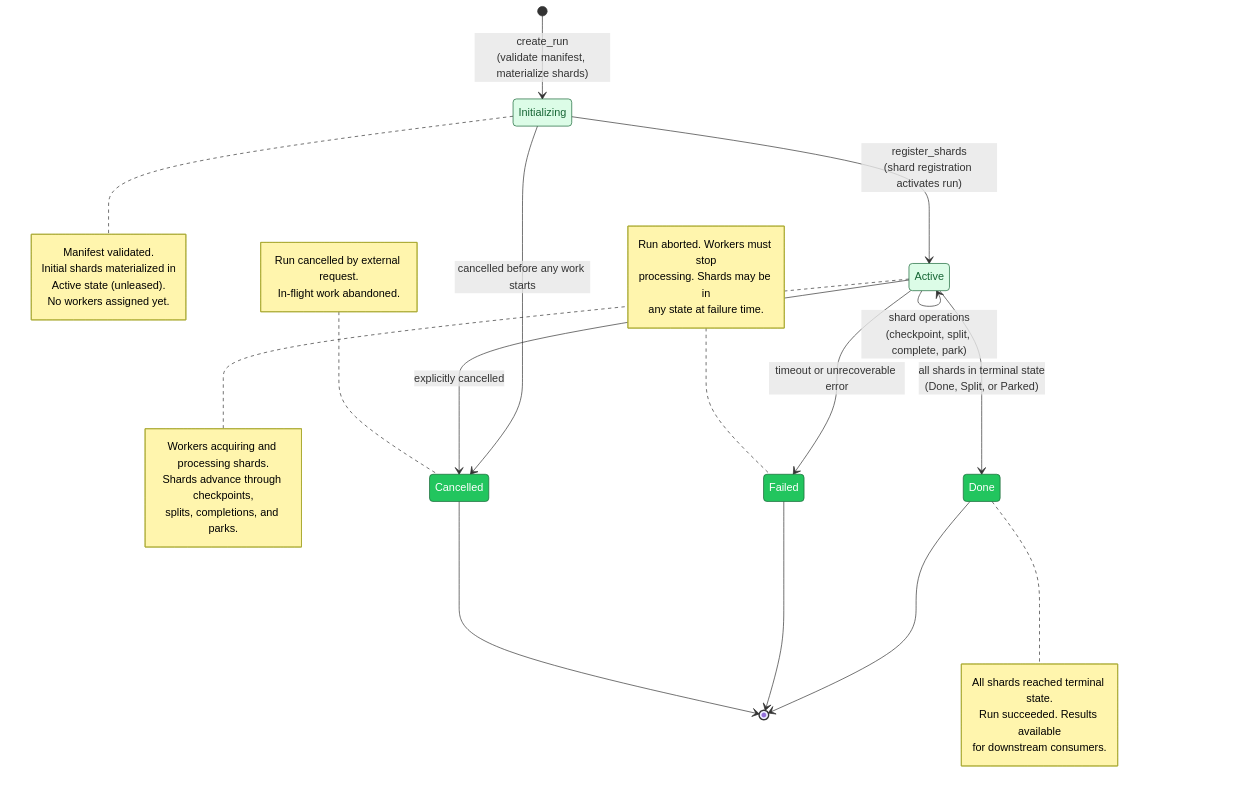
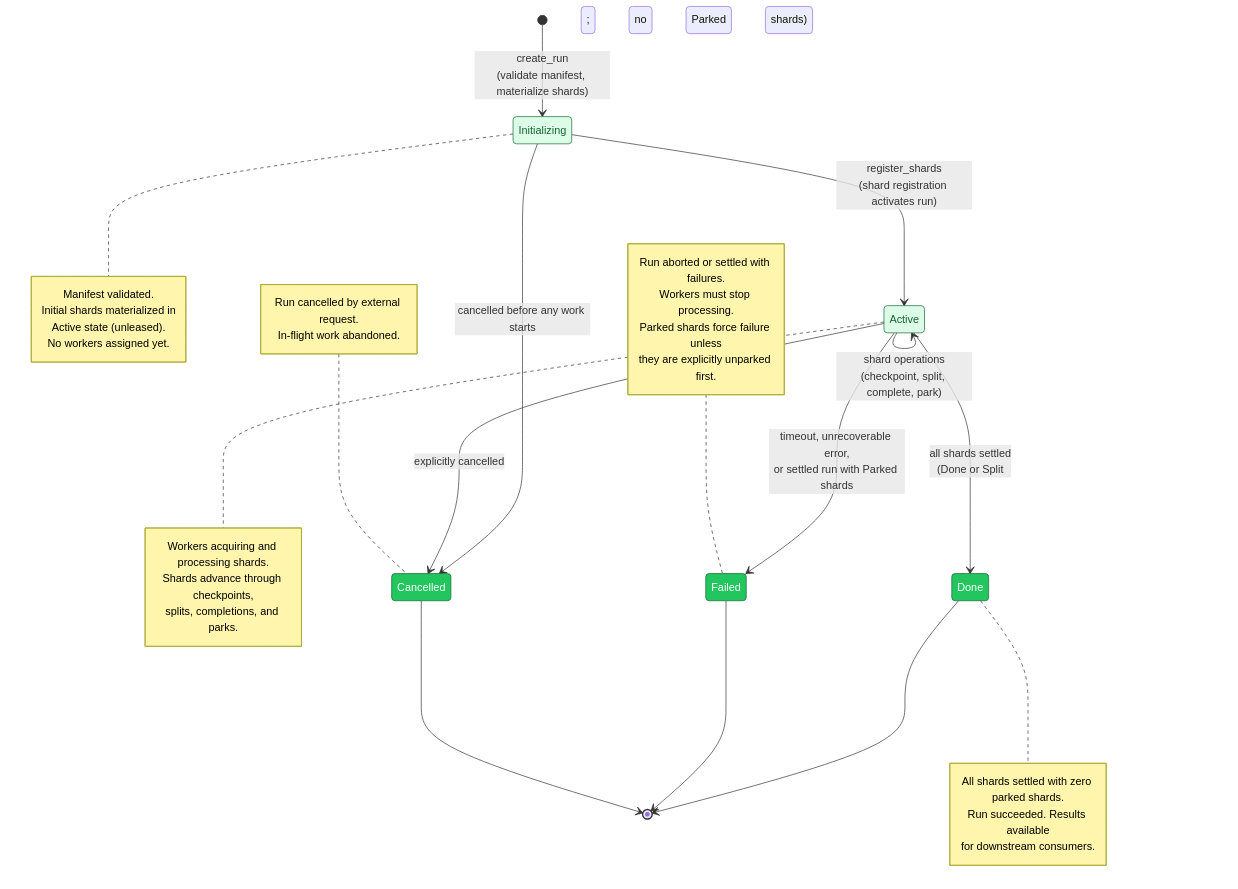
The second of 4 diagrams in diagrams/05-shard-and-run-state-machines.md (ahrav/Gossip-rs), drawn with Mermaid before and after one commit. The commit also changed other lines of this file and 1 other file, not shown here.

Commit message:
docs: manual design document corrections
Fix behavioral descriptions, architecture claims, and diagram
content that required understanding of intent to correct.

````diff
--- a/diagrams/05-shard-and-run-state-machines.md
+++ b/diagrams/05-shard-and-run-state-machines.md
@@ -112,56 +113,57 @@
 ```mermaid
 %% Diagram: run-state-machine
 stateDiagram-v2
     direction TB
 
     [*] --> Initializing : create_run<br/>(validate manifest, materialize shards)
 
     Initializing --> Active : register_shards<br/>(shard registration activates run)
     Initializing --> Cancelled : cancelled before any work starts
     Active --> Active : shard operations<br/>(checkpoint, split, complete, park)
-    Active --> Done : all shards in terminal state<br/>(Done, Split, or Parked)
-    Active --> Failed : timeout or unrecoverable error
+    Active --> Done : all shards settled<br/>(Done or Split; no Parked shards)
+    Active --> Failed : timeout, unrecoverable error,<br/>or settled run with Parked shards
     Active --> Cancelled : explicitly cancelled
 
     Done --> [*]
     Failed --> [*]
     Cancelled --> [*]
 
     note right of Initializing
         Manifest validated.
         Initial shards materialized in
         Active state (unleased).
         No workers assigned yet.
     end note
 
     note right of Active
         Workers acquiring and processing shards.
         Shards advance through checkpoints,
         splits, completions, and parks.
     end note
 
     note right of Done
-        All shards reached terminal state.
+        All shards settled with zero parked shards.
         Run succeeded. Results available
         for downstream consumers.
     end note
 
     note left of Failed
-        Run aborted. Workers must stop
-        processing. Shards may be in
-        any state at failure time.
+        Run aborted or settled with failures.
+        Workers must stop processing.
+        Parked shards force failure unless
+        they are explicitly unparked first.
     end note
 
     note left of Cancelled
         Run cancelled by external request.
         In-flight work abandoned.
     end note
 
     classDef initState fill:#DCFCE7,stroke:#166534,color:#166534
     classDef activeState fill:#DCFCE7,stroke:#166534,color:#166534
     classDef terminalState fill:#22C55E,stroke:#166534,color:#FFFFFF
 
     class Initializing initState
     class Active activeState
     class Done,Failed,Cancelled terminalState
 ```
````
